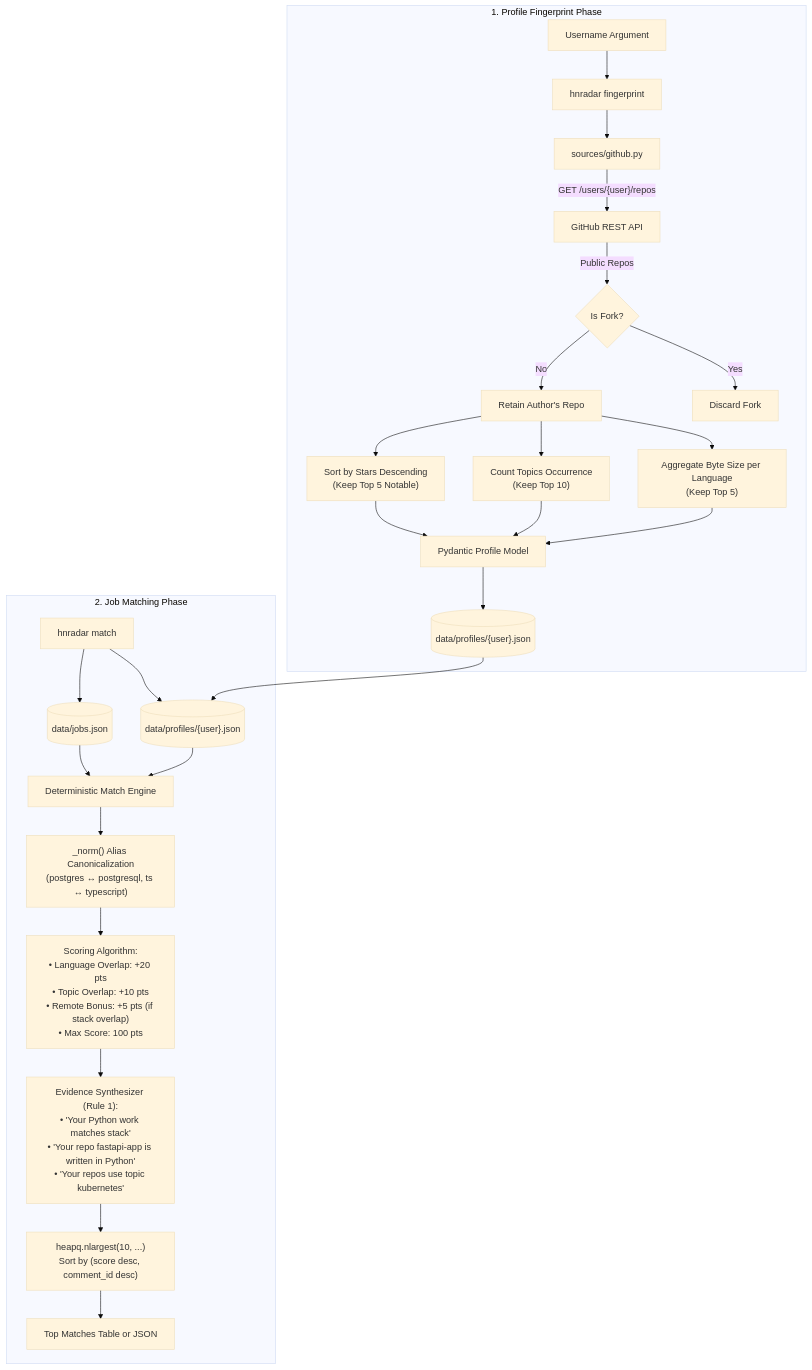
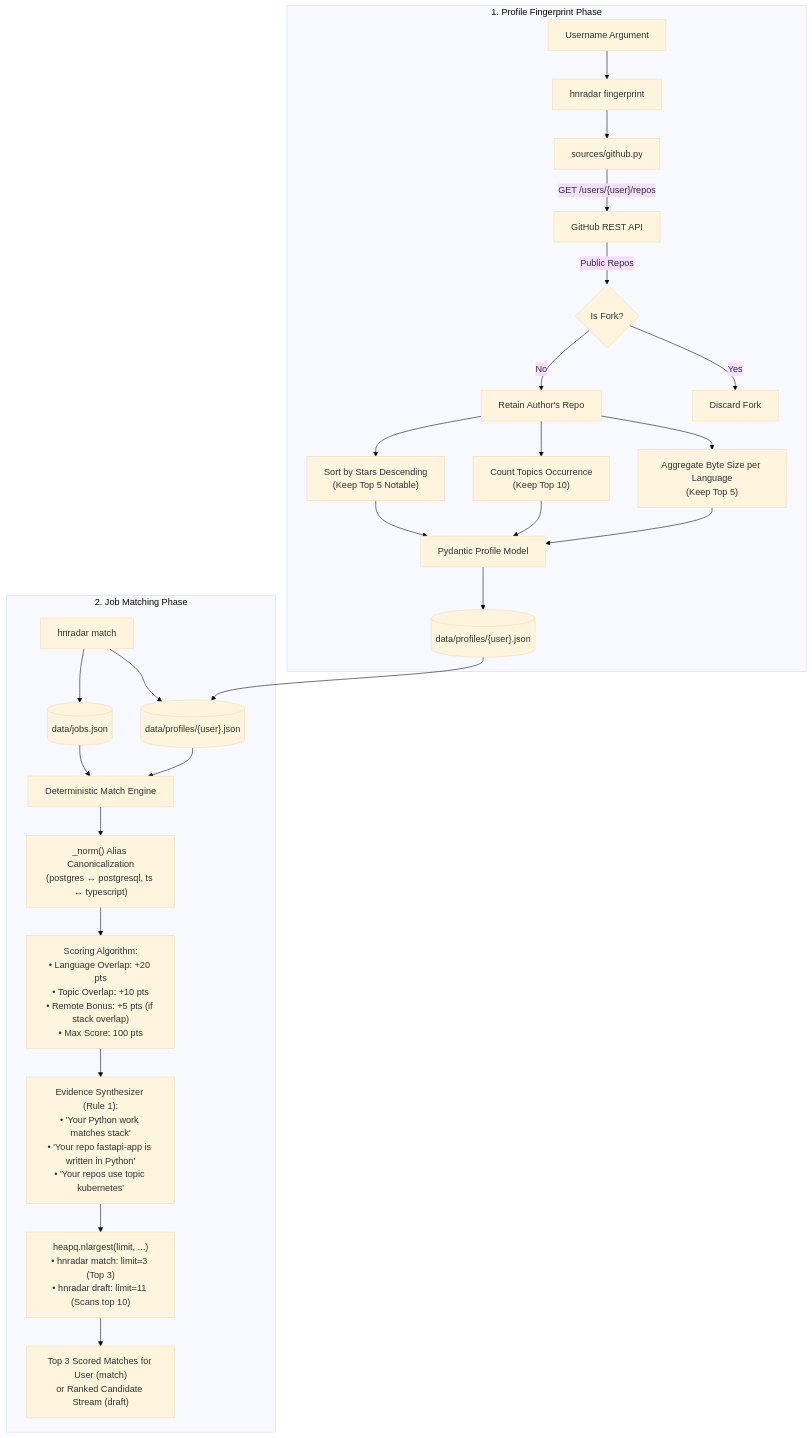
Before and after one commit to researchsite/ShelterWise: the third of 33 diagrams in hn_radar_architecture_diagram.md, drawn with Mermaid (base theme). The commit also changed other lines of this file and 4 other files, not shown here.

First line of the commit message:
docs: align architecture artifacts with verified ground truth

````diff
--- a/hn_radar_architecture_diagram.md
+++ b/hn_radar_architecture_diagram.md
@@ -228,38 +225,38 @@
 ```mermaid
 graph TD
   subgraph Fingerprinting["1. Profile Fingerprint Phase"]
     UserArg["Username Argument"] --> CLI_FP["hnradar fingerprint <user>"]
     CLI_FP --> GH_Source["sources/github.py"]
     GH_Source -->|"GET /users/{user}/repos"| GH_API["GitHub REST API"]
     GH_API -->|Public Repos| FilterForks{"Is Fork?"}
     FilterForks -->|Yes| DropFork["Discard Fork"]
     FilterForks -->|No| KeepRepo["Retain Author's Repo"]
     
     KeepRepo --> AggLang["Aggregate Byte Size per Language<br/>(Keep Top 5)"]
     KeepRepo --> AggTopics["Count Topics Occurrence<br/>(Keep Top 10)"]
     KeepRepo --> TopRepos["Sort by Stars Descending<br/>(Keep Top 5 Notable)"]
     
     AggLang --> PydanticProfile["Pydantic Profile Model"]
     AggTopics --> PydanticProfile
     TopRepos --> PydanticProfile
     PydanticProfile --> SaveProfile[("data/profiles/{user}.json")]
   end
 
   subgraph Matching["2. Job Matching Phase"]
     CLI_Match["hnradar match <user>"] --> ReadProfile[("data/profiles/{user}.json")]
     CLI_Match --> ReadJobs[("data/jobs.json")]
     
     ReadProfile --> MatchEngine["Deterministic Match Engine"]
     ReadJobs --> MatchEngine
     
     MatchEngine --> AliasNorm["_norm() Alias Canonicalization<br/>(postgres ↔ postgresql, ts ↔ typescript)"]
     AliasNorm --> ScoreCalc["Scoring Algorithm:<br/>• Language Overlap: +20 pts<br/>• Topic Overlap: +10 pts<br/>• Remote Bonus: +5 pts (if stack overlap)<br/>• Max Score: 100 pts"]
     
     ScoreCalc --> EvGen["Evidence Synthesizer (Rule 1):<br/>• 'Your Python work matches stack'<br/>• 'Your repo fastapi-app is written in Python'<br/>• 'Your repos use topic kubernetes'"]
     
-    EvGen --> HeapSort["heapq.nlargest(10, ...)<br/>Sort by (score desc, comment_id desc)"]
-    HeapSort --> FinalMatches["Top Matches Table or JSON"]
+    EvGen --> HeapSort["heapq.nlargest(limit, ...)<br/>• hnradar match: limit=3 (Top 3)<br/>• hnradar draft: limit=11 (Scans top 10)"]
+    HeapSort --> FinalMatches["Top 3 Scored Matches for User (match)<br/>or Ranked Candidate Stream (draft)"]
   end
 
   SaveProfile --> ReadProfile
 ```
````
